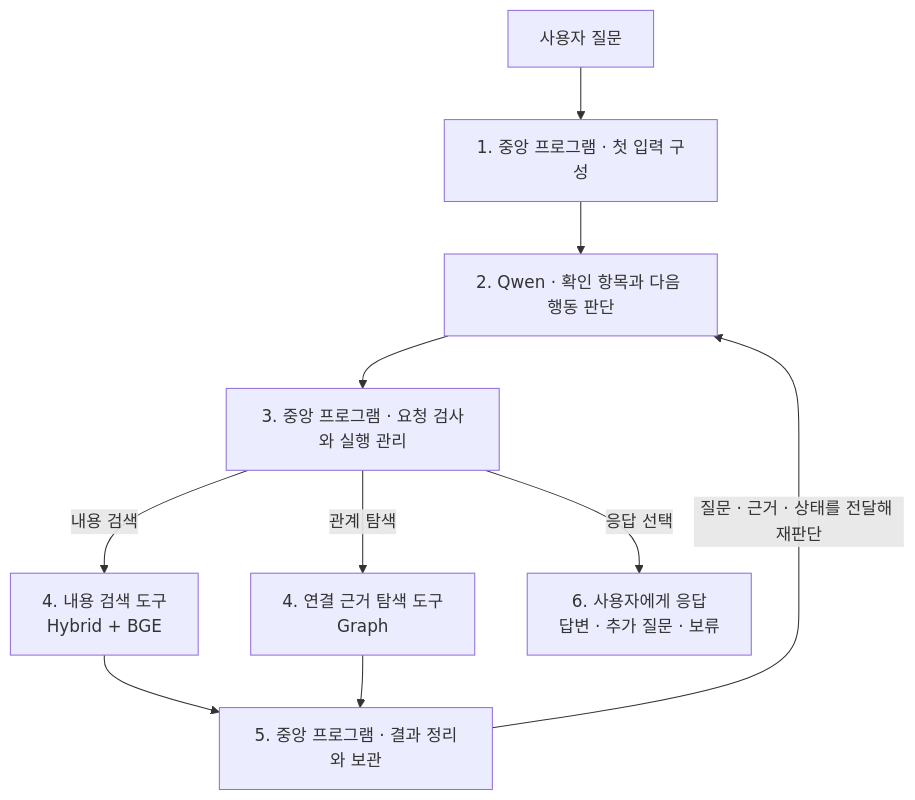
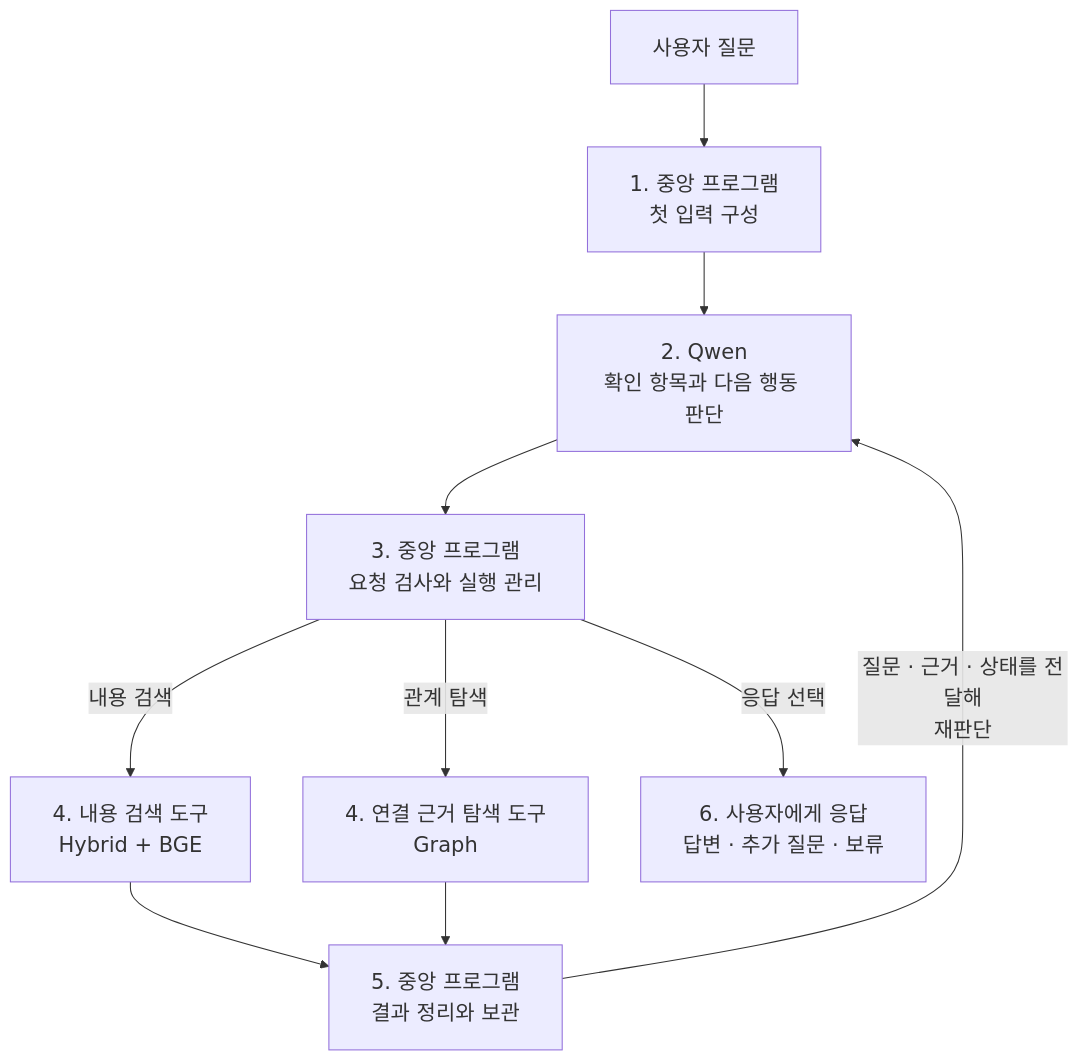
One commit to westiion/Civic-Link changed the first of 2 diagrams in week8/AGENT.md. Above: the diagram before and after it, drawn with Mermaid. The commit also changed 1 other file, not shown here.

Commit message:
docs: 전체 흐름도의 글자 크기와 배치 개선

````diff
--- a/week8/AGENT.md
+++ b/week8/AGENT.md
@@ -5,12 +5,21 @@
 ```mermaid
+---
+config:
+  themeVariables:
+    fontSize: "20px"
+  flowchart:
+    nodeSpacing: 50
+    rankSpacing: 60
+    padding: 20
+---
 flowchart TD
-    U["사용자 질문"] --> I["1. 중앙 프로그램 · 첫 입력 구성"]
-    I --> Q["2. Qwen · 확인 항목과 다음 행동 판단"]
-    Q --> C["3. 중앙 프로그램 · 요청 검사와 실행 관리"]
+    U["사용자 질문"] --> I["1. 중앙 프로그램<br/>첫 입력 구성"]
+    I --> Q["2. Qwen<br/>확인 항목과 다음 행동 판단"]
+    Q --> C["3. 중앙 프로그램<br/>요청 검사와 실행 관리"]
     C -->|내용 검색| S["4. 내용 검색 도구<br/>Hybrid + BGE"]
     C -->|관계 탐색| G["4. 연결 근거 탐색 도구<br/>Graph"]
-    S --> R["5. 중앙 프로그램 · 결과 정리와 보관"]
+    S --> R["5. 중앙 프로그램<br/>결과 정리와 보관"]
     G --> R
-    R -->|질문 · 근거 · 상태를 전달해 재판단| Q
+    R -->|질문 · 근거 · 상태를 전달해<br/>재판단| Q
     C -->|응답 선택| A["6. 사용자에게 응답<br/>답변 · 추가 질문 · 보류"]
 ```
````
